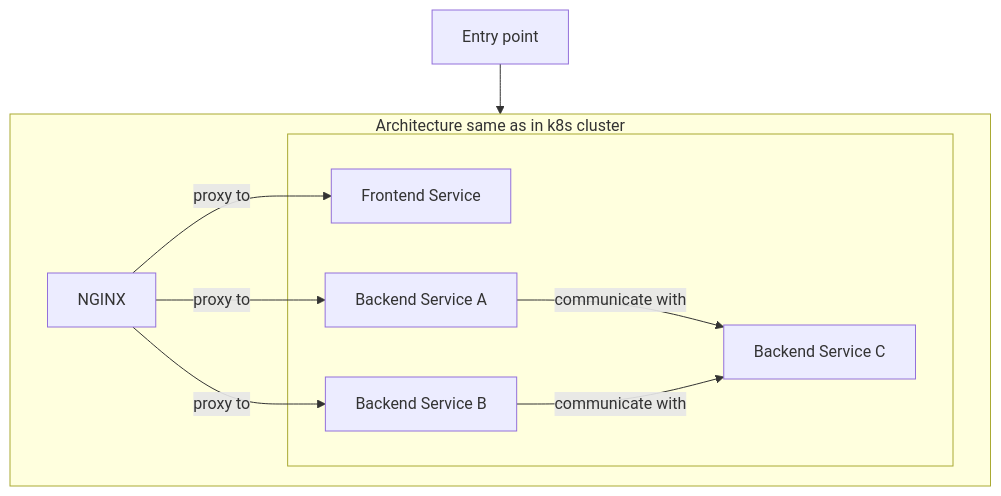
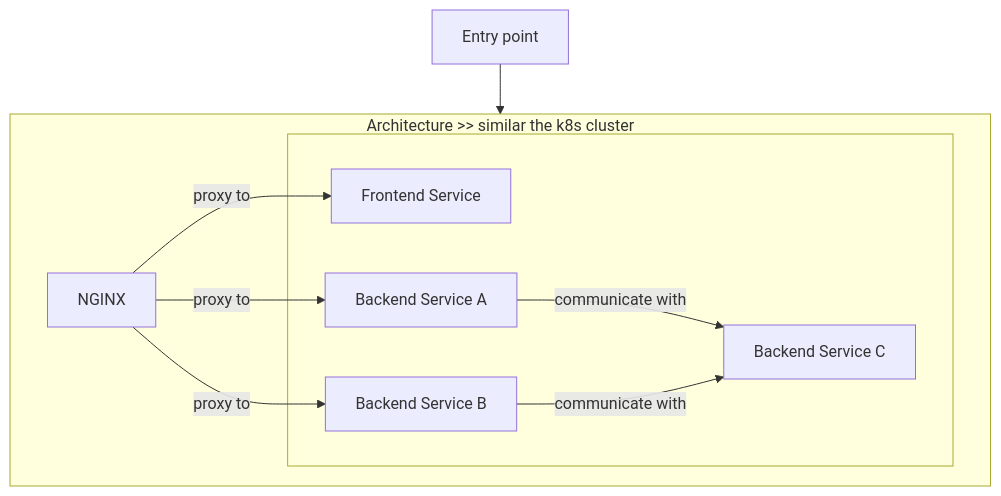
The first of 3 diagrams in README.md (rainan16/local-dev-with-docker-compose), drawn with Mermaid before and after one commit. The commit also changed other lines of this file and 18 other files, not shown here.

````diff
--- a/README.md
+++ b/README.md
@@ -22,24 +24,24 @@
 ```mermaid
 graph TD
     LB[Entry point]
 
     LB --> k8s
 
-    subgraph k8s[Architecture same as in k8s cluster]
+    subgraph k8s[Architecture >> similar the k8s cluster]
         style k8s align:left;
         NGINX[NGINX]
 
         subgraph Services[ ]
             F[Frontend Service]
             A[Backend Service A]
             B[Backend Service B]
             C[Backend Service C]
         end
 
         NGINX -->|proxy to| F
         NGINX -->|proxy to| A
         NGINX -->|proxy to| B
         A -->|communicate with| C
         B -->|communicate with| C
     end
 ```
````
